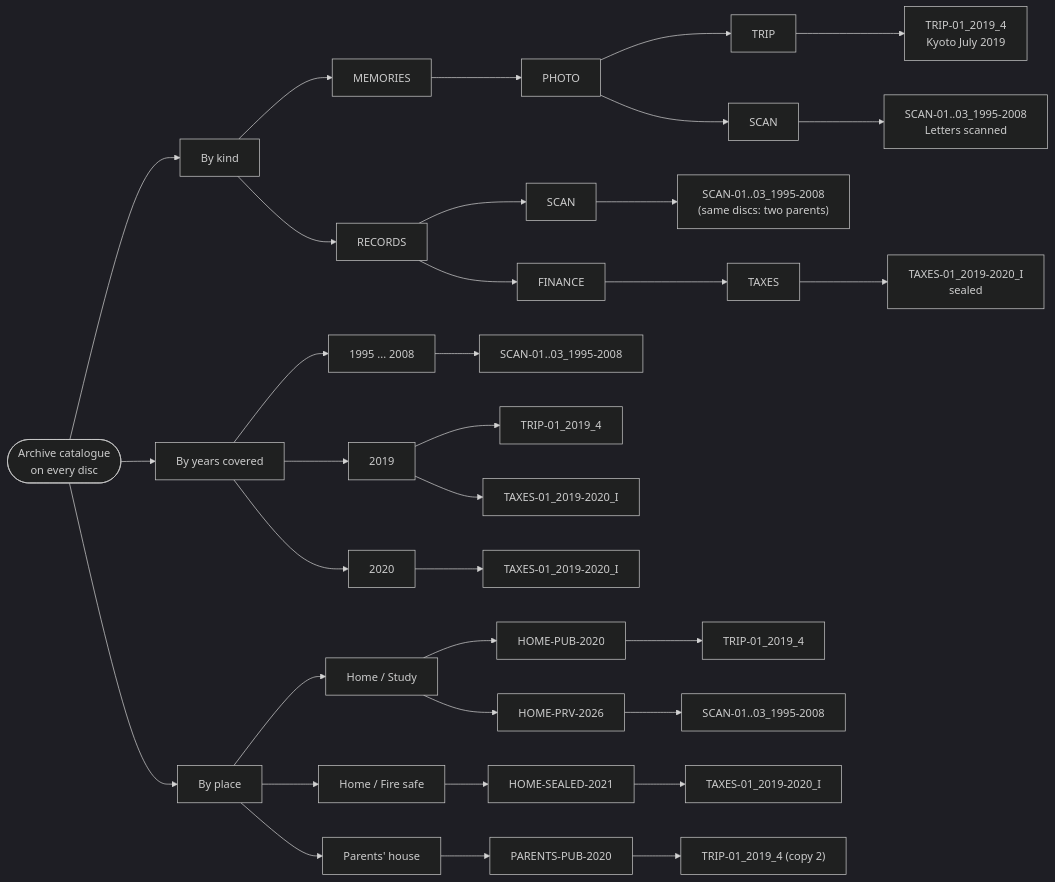
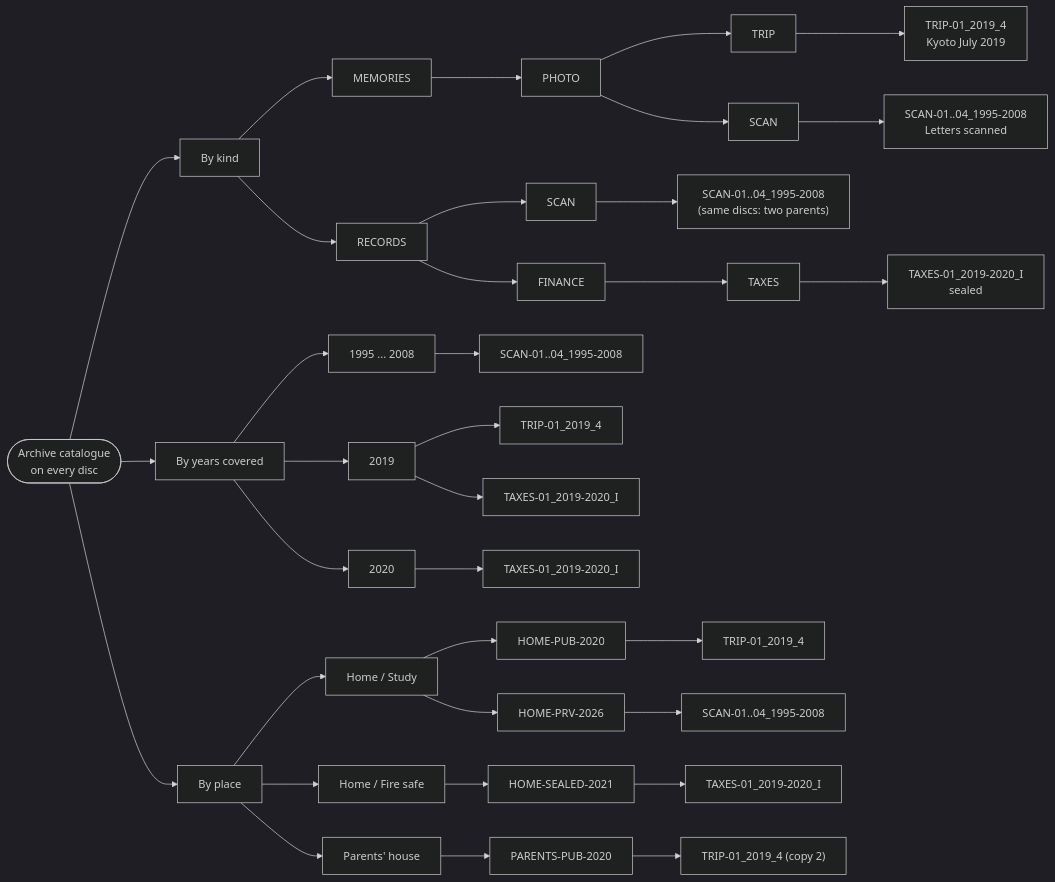
Before and after one commit to mofosyne/arv: the diagram in docs/shelving.md, drawn with Mermaid (dark theme). The commit also changed 14 other files, not shown here.

First line of the commit message:
Rebuild samples in format 0.3 (Binding records); SCAN now spans four discs

````diff
--- a/docs/shelving.md
+++ b/docs/shelving.md
@@ -65,24 +65,24 @@
 ```mermaid
 flowchart LR
     A([Archive catalogue<br/>on every disc])
 
     A --> K[By kind]
     K --> KM[MEMORIES] --> KP[PHOTO]
     KP --> KT[TRIP] --> k1["TRIP-01_2019_4<br/>Kyoto July 2019"]
-    KP --> KS[SCAN] --> k2["SCAN-01..03_1995-2008<br/>Letters scanned"]
+    KP --> KS[SCAN] --> k2["SCAN-01..04_1995-2008<br/>Letters scanned"]
     K --> KR[RECORDS]
-    KR --> KS2[SCAN] --> k3["SCAN-01..03_1995-2008<br/>(same discs: two parents)"]
+    KR --> KS2[SCAN] --> k3["SCAN-01..04_1995-2008<br/>(same discs: two parents)"]
     KR --> KF[FINANCE] --> KX[TAXES] --> k4["TAXES-01_2019-2020_I<br/>sealed"]
 
     A --> Y[By years covered]
-    Y --> Y1[1995 ... 2008] --> y1["SCAN-01..03_1995-2008"]
+    Y --> Y1[1995 ... 2008] --> y1["SCAN-01..04_1995-2008"]
     Y --> Y2[2019] --> y2["TRIP-01_2019_4"]
     Y2 --> y3["TAXES-01_2019-2020_I"]
     Y --> Y3[2020] --> y4["TAXES-01_2019-2020_I"]
 
     A --> P[By place]
     P --> PH[Home / Study] --> PB[HOME-PUB-2020] --> p1["TRIP-01_2019_4"]
-    PH --> PB2[HOME-PRV-2026] --> p2["SCAN-01..03_1995-2008"]
+    PH --> PB2[HOME-PRV-2026] --> p2["SCAN-01..04_1995-2008"]
     P --> PS[Home / Fire safe] --> PS1[HOME-SEALED-2021] --> p3["TAXES-01_2019-2020_I"]
     P --> PP[Parents' house] --> PP1[PARENTS-PUB-2020] --> p4["TRIP-01_2019_4 (copy 2)"]
 ```
````
